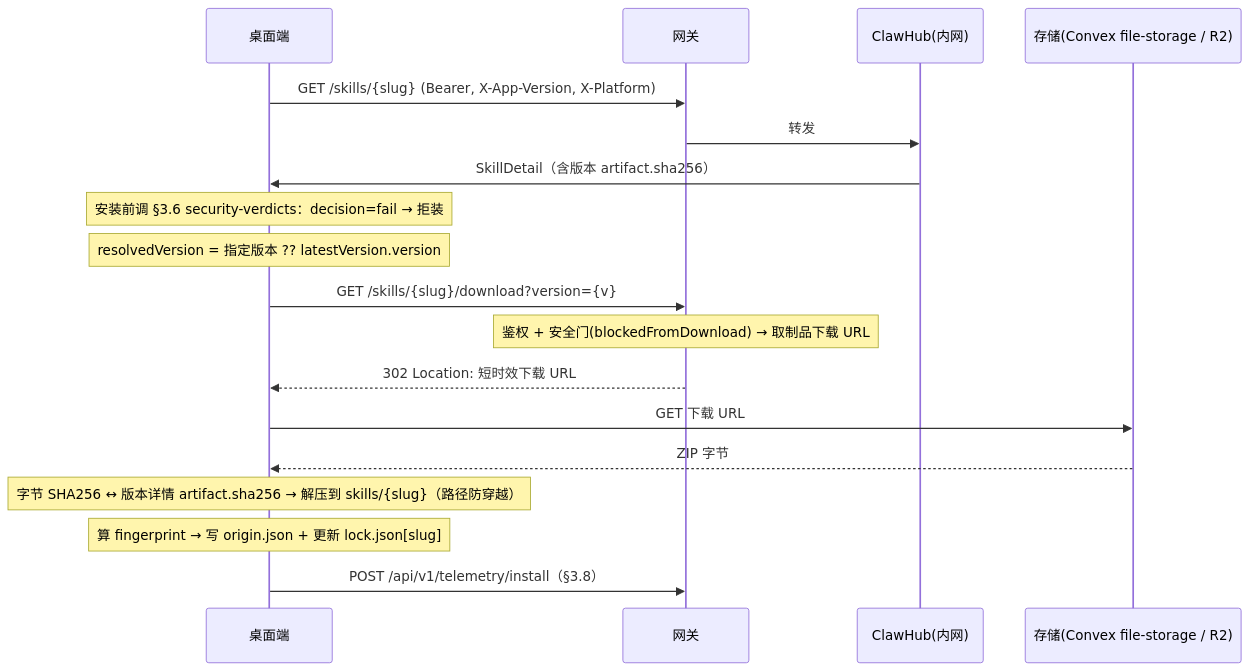
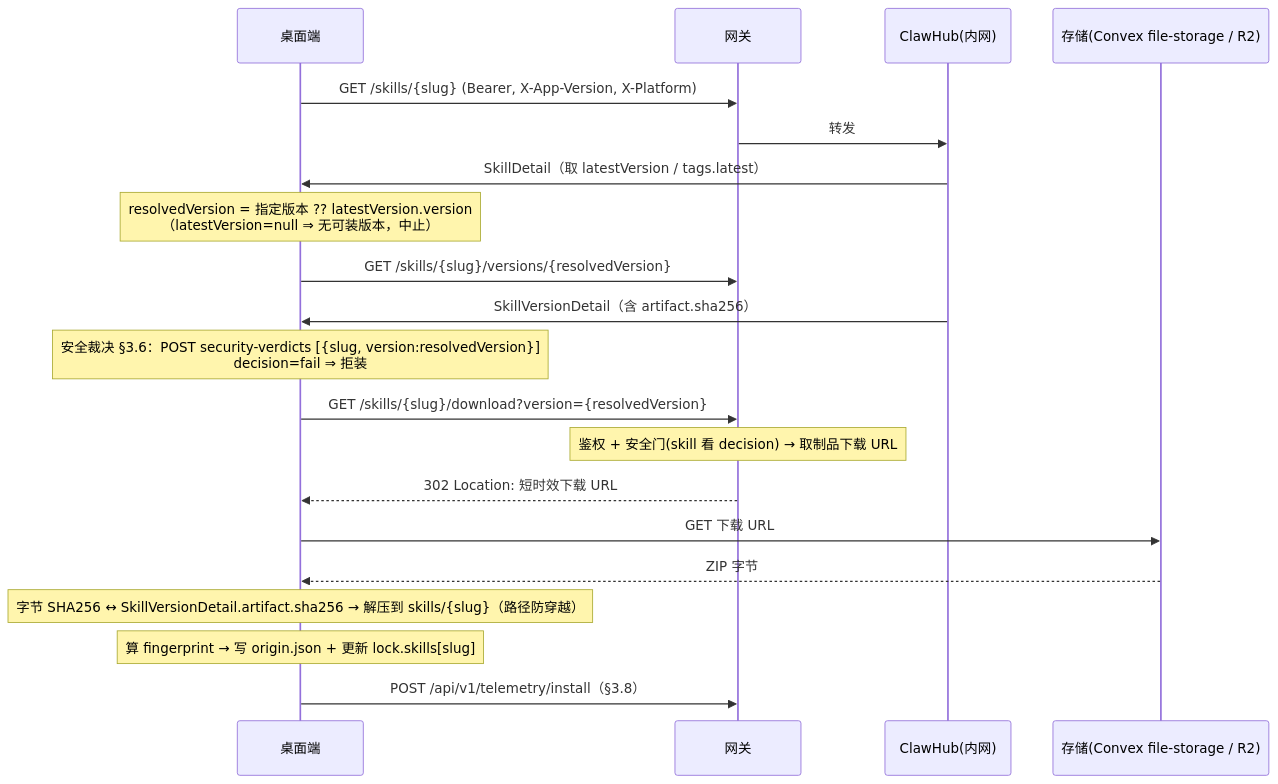
One commit to pysinsjz/vulture-gateway changed the diagram in docs/flows/skill-plugin-lifecycle.md. Above: the diagram before and after it, drawn with Mermaid. The commit also changed other lines of this file and 1 other file, not shown here.

First line of the commit message:
docs: 修复 skill/plugin 安装/更新流程硬伤（11 项）

````diff
--- a/docs/flows/skill-plugin-lifecycle.md
+++ b/docs/flows/skill-plugin-lifecycle.md
@@ -302,21 +302,23 @@
 ```mermaid
 sequenceDiagram
     participant D as 桌面端
     participant G as 网关
     participant R as ClawHub(内网)
     participant S as 存储(Convex file-storage / R2)
 
     D->>G: GET /skills/{slug} (Bearer, X-App-Version, X-Platform)
     G->>R: 转发
-    R->>D: SkillDetail（含版本 artifact.sha256）
-    Note over D: 安装前调 §3.6 security-verdicts：decision=fail → 拒装
-    Note over D: resolvedVersion = 指定版本 ?? latestVersion.version
-    D->>G: GET /skills/{slug}/download?version={v}
-    Note over G: 鉴权 + 安全门(blockedFromDownload) → 取制品下载 URL
+    R->>D: SkillDetail（取 latestVersion / tags.latest）
+    Note over D: resolvedVersion = 指定版本 ?? latestVersion.version<br/>（latestVersion=null ⇒ 无可装版本，中止）
+    D->>G: GET /skills/{slug}/versions/{resolvedVersion}
+    R->>D: SkillVersionDetail（含 artifact.sha256）
+    Note over D: 安全裁决 §3.6：POST security-verdicts [{slug, version:resolvedVersion}]<br/>decision=fail ⇒ 拒装
+    D->>G: GET /skills/{slug}/download?version={resolvedVersion}
+    Note over G: 鉴权 + 安全门(skill 看 decision) → 取制品下载 URL
     G-->>D: 302 Location: 短时效下载 URL
     D->>S: GET 下载 URL
     S-->>D: ZIP 字节
-    Note over D: 字节 SHA256 ↔ 版本详情 artifact.sha256 → 解压到 skills/{slug}（路径防穿越）
-    Note over D: 算 fingerprint → 写 origin.json + 更新 lock.json[slug]
+    Note over D: 字节 SHA256 ↔ SkillVersionDetail.artifact.sha256 → 解压到 skills/{slug}（路径防穿越）
+    Note over D: 算 fingerprint → 写 origin.json + 更新 lock.skills[slug]
     D->>G: POST /api/v1/telemetry/install（§3.8）
 ```
````
